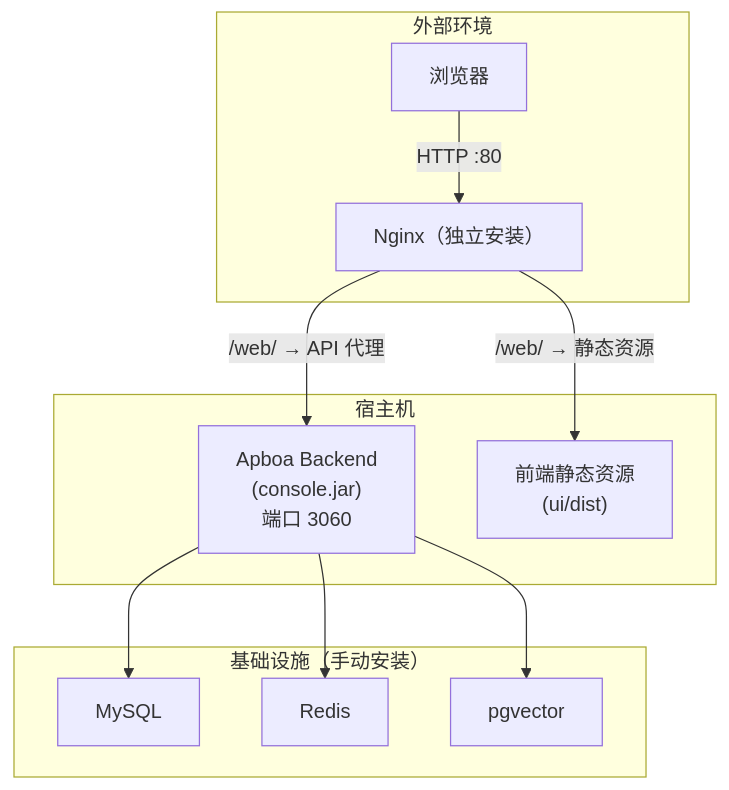
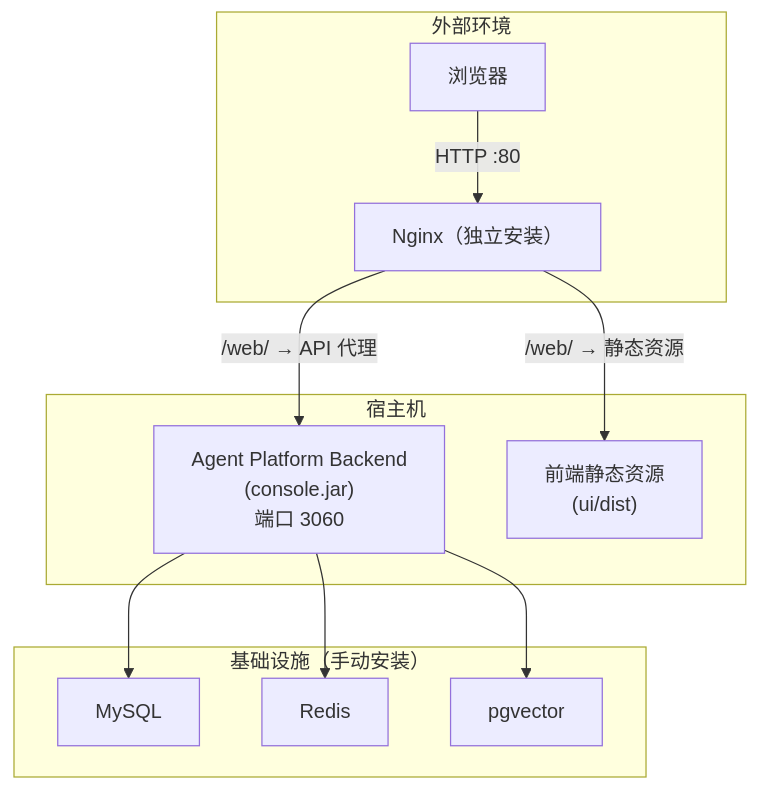
One commit to frankrich92/agent-platform changed the first of 5 diagrams in source/agent-platform-ui/src/doc/content/build-doc/index.md. Above: the diagram before and after it, drawn with Mermaid. The commit also changed other lines of this file and 53 other files, not shown here.

````diff
--- a/source/agent-platform-ui/src/doc/content/build-doc/index.md
+++ b/source/agent-platform-ui/src/doc/content/build-doc/index.md
@@ -147,25 +147,25 @@
 ```mermaid
 graph TD
     subgraph External["外部环境"]
         Browser["浏览器"]
         Nginx["Nginx（独立安装）"]
     end
 
     subgraph Host["宿主机"]
-        Backend["Apboa Backend\n(console.jar)\n端口 3060"]
+        Backend["Agent Platform Backend\n(console.jar)\n端口 3060"]
         Frontend["前端静态资源\n(ui/dist)"]
     end
 
     subgraph Infrastructure["基础设施（手动安装）"]
         MySQL["MySQL"]
         Redis["Redis"]
         Pgvector["pgvector"]
     end
 
     Browser -->|"HTTP :80"| Nginx
     Nginx -->|"/web/ → 静态资源"| Frontend
     Nginx -->|"/web/ → API 代理"| Backend
     Backend --> MySQL
     Backend --> Redis
     Backend --> Pgvector
 ```
````
